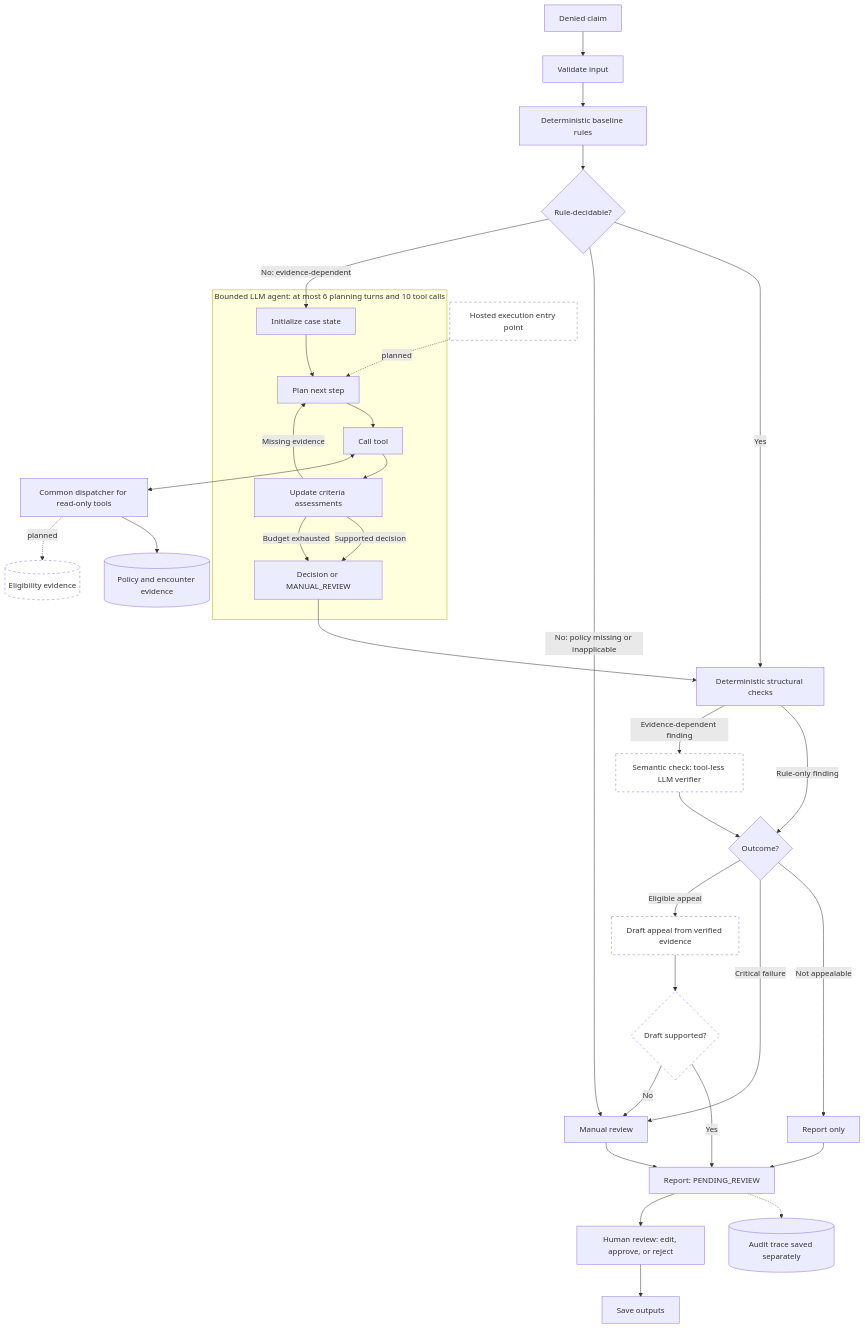
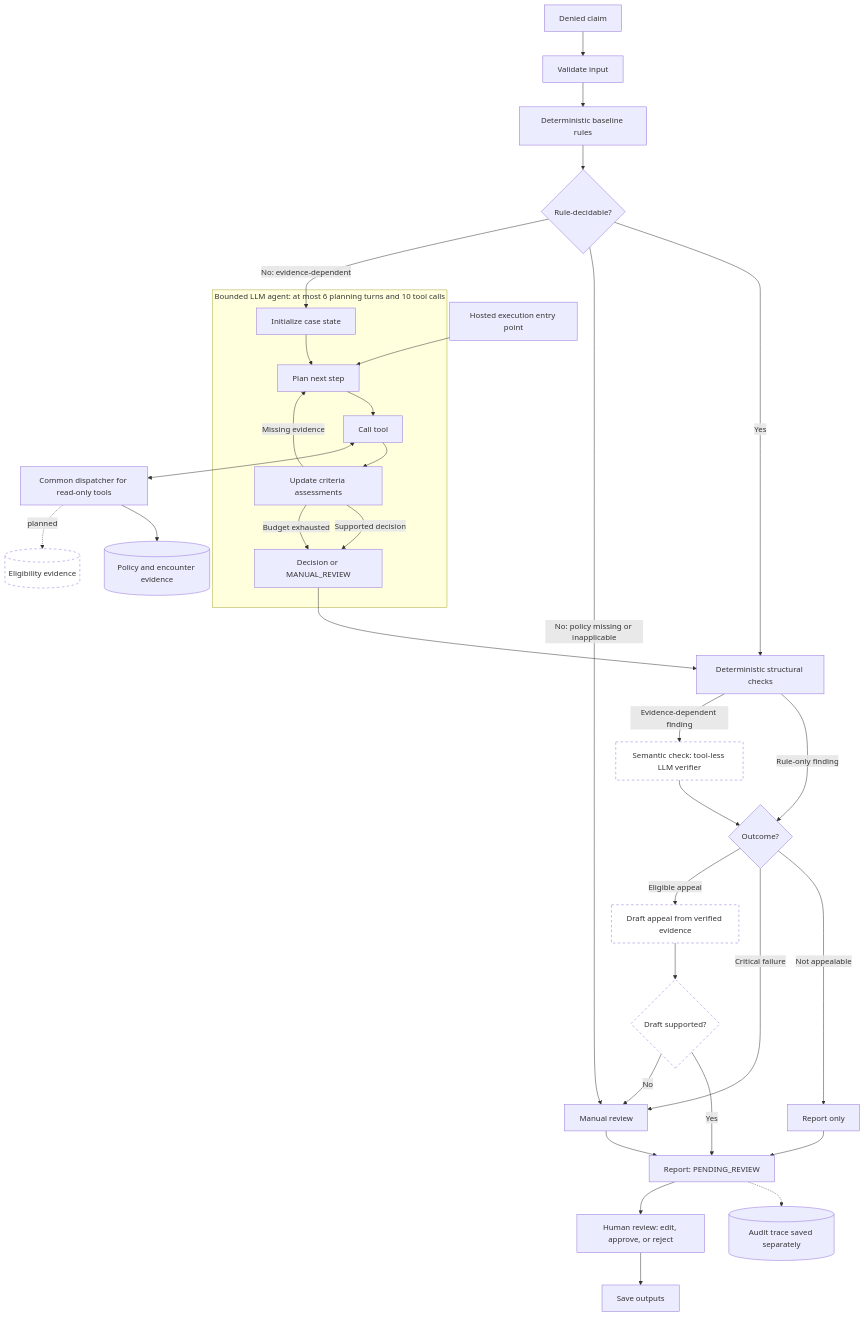
The diagram in README.md (hridaypradhan/claim-denial-triage-agent), drawn with Mermaid before and after one commit. The commit also changed other lines of this file and 2 other files, not shown here.

Commit message:
feat: add audited hosted model runner

````diff
--- a/README.md
+++ b/README.md
@@ -24,43 +24,43 @@
 ```mermaid
 flowchart TD
     A[Denied claim] --> B[Validate input]
     B --> C[Deterministic baseline rules]
     C --> D{Rule-decidable?}
     D -- Yes --> S[Deterministic structural checks]
     D -- "No: policy missing or inapplicable" --> J[Manual review]
     D -- "No: evidence-dependent" --> E[Initialize case state]
 
     subgraph Agent["Bounded LLM agent: at most 6 planning turns and 10 tool calls"]
         E --> P[Plan next step]
         P --> T[Call tool]
         T --> U[Update criteria assessments]
         U -- Missing evidence --> P
         U -- Supported decision --> R[Decision or MANUAL_REVIEW]
         U -- Budget exhausted --> R
     end
 
     T <--> F[Common dispatcher for read-only tools]
     F --> G[(Policy and encounter evidence)]
     F -. planned .-> I[(Eligibility evidence)]
 
     R --> S
     S -- Rule-only finding --> O{Outcome?}
     S -- Evidence-dependent finding --> V[Semantic check: tool-less LLM verifier]
     V --> O
     O -- Not appealable --> K[Report only]
     O -- Critical failure --> J
     O -- Eligible appeal --> W[Draft appeal from verified evidence]
     W --> X{Draft supported?}
     X -- Yes --> L[Report: PENDING_REVIEW]
     X -- No --> J
     K --> L
     J --> L
     L -.-> Q[(Audit trace saved separately)]
     L --> H[Human review: edit, approve, or reject]
     H --> Z[Save outputs]
 
-    M[Hosted execution entry point] -. planned .-> P
+    M[Hosted execution entry point] --> P
 
     classDef planned stroke-dasharray: 5 5,fill:#fff;
-    class I,M,V,W,X planned;
+    class I,V,W,X planned;
 ```
````
